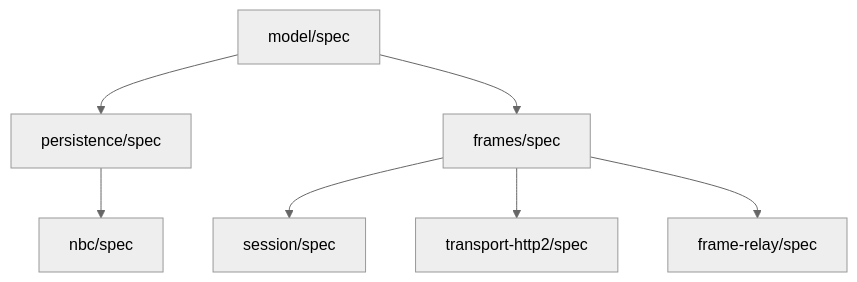
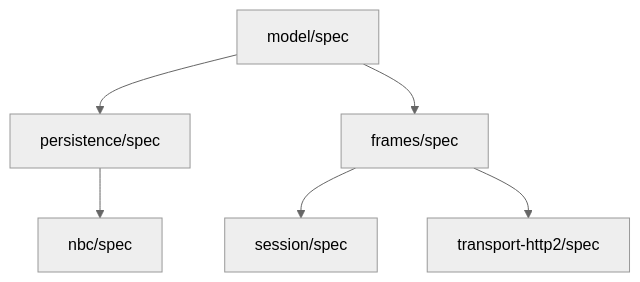
Before and after one commit to khoralabs/open-binding-protocol: the second of 2 diagrams in packages/README.md, drawn with Mermaid (neutral theme). The commit also changed other lines of this file and 61 other files, not shown here.

Commit message:
Adopt MLS encryption for frames, and HLC timing on messages rather than relay timestamps. Remove frame-relay package

````diff
--- a/packages/README.md
+++ b/packages/README.md
@@ -74,16 +71,14 @@
 ```mermaid
 flowchart TB
   modelSpec[model/spec]
   persistSpec[persistence/spec]
   nbcSpec[nbc/spec]
   framesSpec[frames/spec]
   sessionSpec[session/spec]
   http2Spec[transport-http2/spec]
-  relaySpec[frame-relay/spec]
   modelSpec --> persistSpec
   modelSpec --> framesSpec
   persistSpec --> nbcSpec
   framesSpec --> sessionSpec
   framesSpec --> http2Spec
-  framesSpec --> relaySpec
 ```
````
